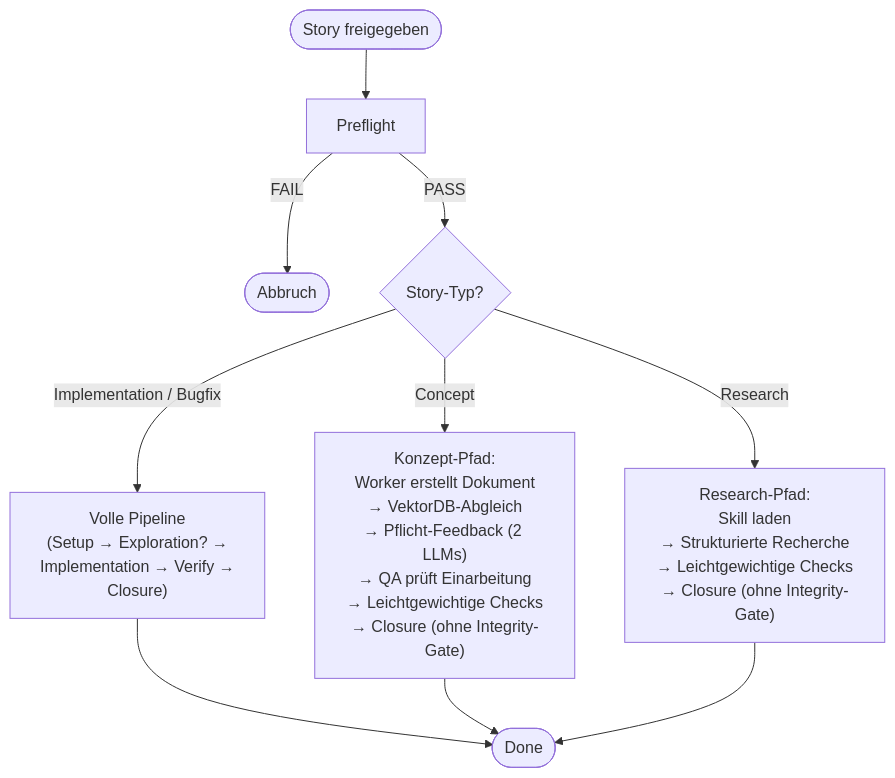
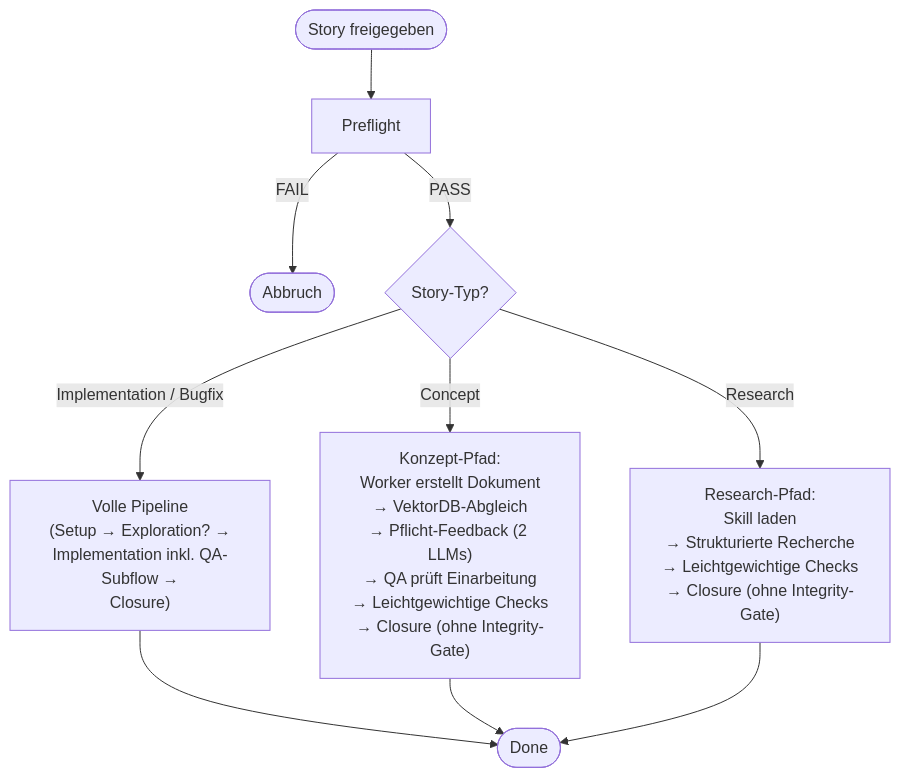
The second of 3 diagrams in concept/technical-design/20_workflow_engine_state_machine.md (saltenhof/claude-agentkit3), drawn with Mermaid before and after one commit. The commit also changed other lines of this file and 37 other files, not shown here.

First line of the commit message:
Concept wave: 4-phase pipeline (Verify as QA-subflow), Themen 1-3+5 eingearbeitet

````diff
--- a/concept/technical-design/20_workflow_engine_state_machine.md
+++ b/concept/technical-design/20_workflow_engine_state_machine.md
@@ -449,16 +463,16 @@
 ```mermaid
 flowchart TD
     START(["Story freigegeben"]) --> PREFLIGHT["Preflight"]
     PREFLIGHT -->|FAIL| ABORT(["Abbruch"])
     PREFLIGHT -->|PASS| TYP{"Story-Typ?"}
 
-    TYP -->|"Implementation / Bugfix"| FULL["Volle Pipeline<br/>(Setup → Exploration? →<br/>Implementation → Verify →<br/>Closure)"]
+    TYP -->|"Implementation / Bugfix"| FULL["Volle Pipeline<br/>(Setup → Exploration? →<br/>Implementation inkl. QA-Subflow →<br/>Closure)"]
 
     TYP -->|"Concept"| CONCEPT["Konzept-Pfad:<br/>Worker erstellt Dokument<br/>→ VektorDB-Abgleich<br/>→ Pflicht-Feedback (2 LLMs)<br/>→ QA prüft Einarbeitung<br/>→ Leichtgewichtige Checks<br/>→ Closure (ohne Integrity-Gate)"]
 
     TYP -->|"Research"| RESEARCH["Research-Pfad:<br/>Skill laden<br/>→ Strukturierte Recherche<br/>→ Leichtgewichtige Checks<br/>→ Closure (ohne Integrity-Gate)"]
 
     FULL --> DONE(["Done"])
     CONCEPT --> DONE
     RESEARCH --> DONE
 ```
````
